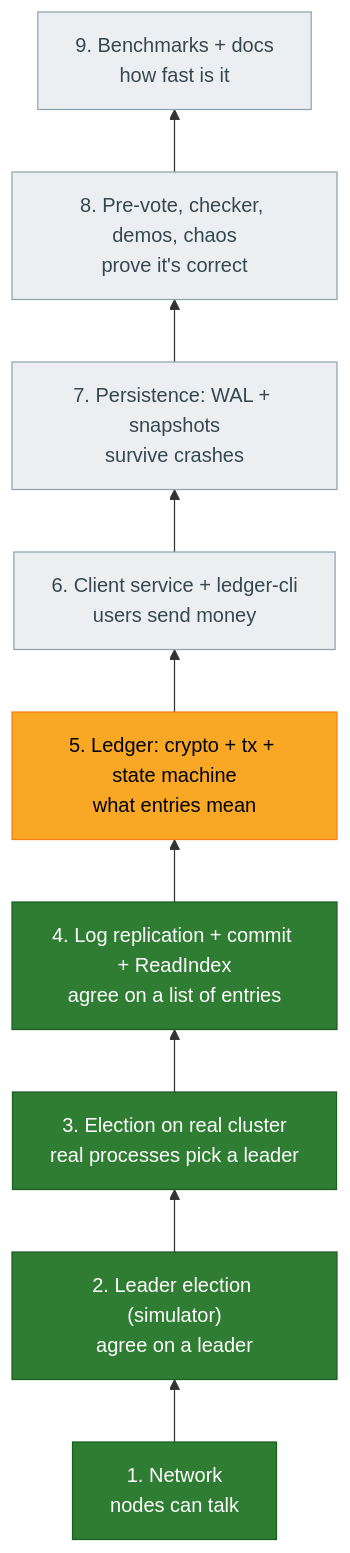
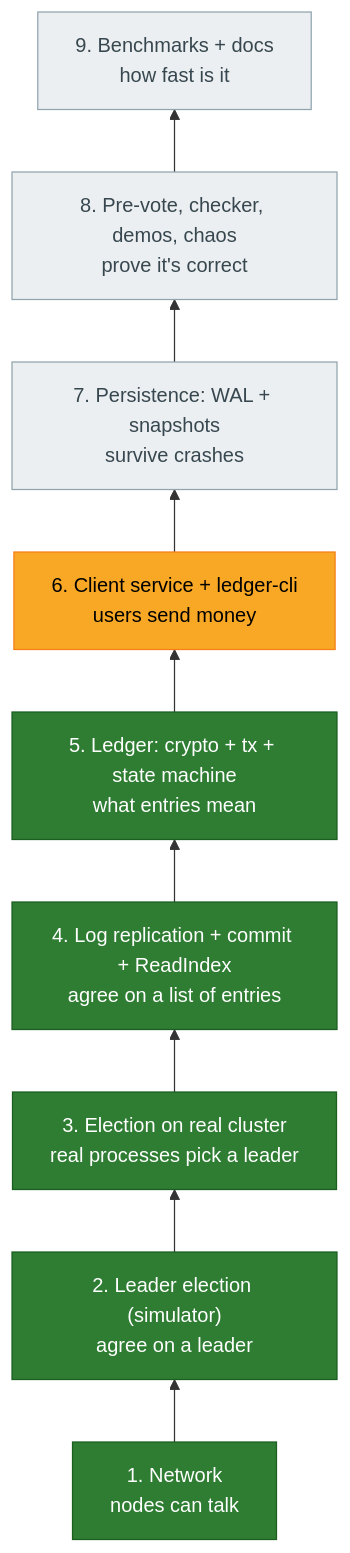
One commit to D1vyanshu1/QuorumPay changed the second of 12 diagrams in progress.md. Above: the diagram before and after it, drawn with Mermaid. The commit also changed other lines of this file and 40 other files, not shown here.

Commit message:
crypto +tx+state  machine

````diff
--- a/progress.md
+++ b/progress.md
@@ -45,17 +45,17 @@
 ```mermaid
 flowchart BT
     S1["1. Network<br/>nodes can talk"]:::done
     S2["2. Leader election (simulator)<br/>agree on a leader"]:::done
     S3["3. Election on real cluster<br/>real processes pick a leader"]:::done
     S4["4. Log replication + commit + ReadIndex<br/>agree on a list of entries"]:::done
-    S5["5. Ledger: crypto + tx + state machine<br/>what entries mean"]:::next
-    S6["6. Client service + ledger-cli<br/>users send money"]:::todo
+    S5["5. Ledger: crypto + tx + state machine<br/>what entries mean"]:::done
+    S6["6. Client service + ledger-cli<br/>users send money"]:::next
     S7["7. Persistence: WAL + snapshots<br/>survive crashes"]:::todo
     S8["8. Pre-vote, checker, demos, chaos<br/>prove it's correct"]:::todo
     S9["9. Benchmarks + docs<br/>how fast is it"]:::todo
     S1 --> S2 --> S3 --> S4 --> S5 --> S6 --> S7 --> S8 --> S9
 
     classDef done fill:#2e7d32,color:#fff,stroke:#1b5e20
     classDef next fill:#f9a825,color:#000,stroke:#f57f17
     classDef todo fill:#eceff1,color:#37474f,stroke:#90a4ae
 ```
````
